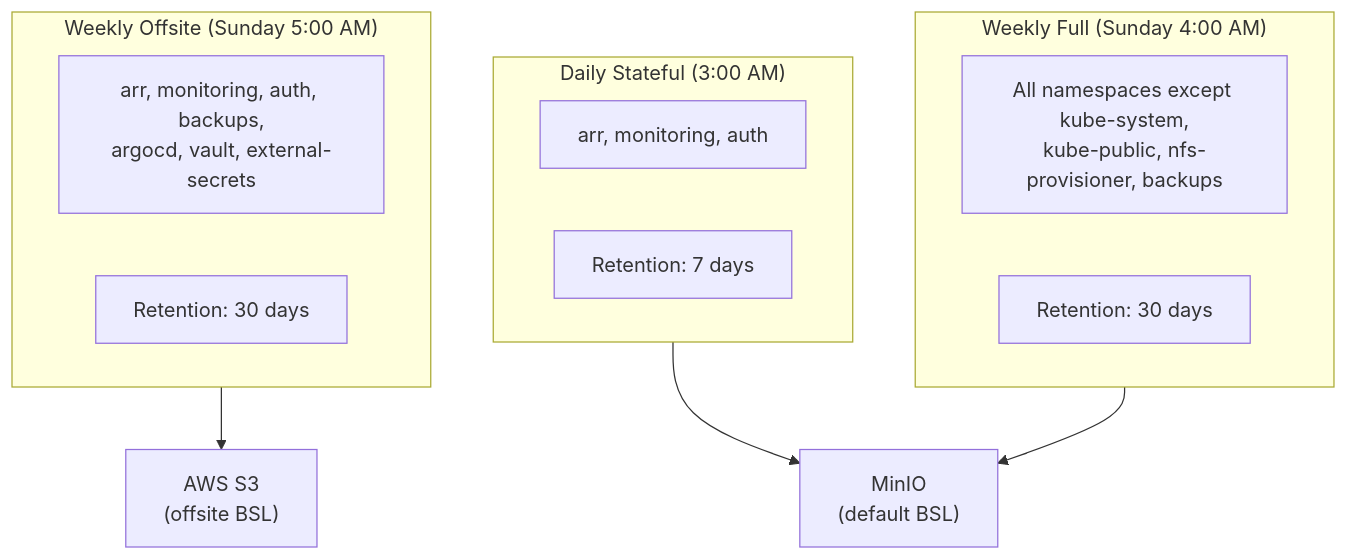
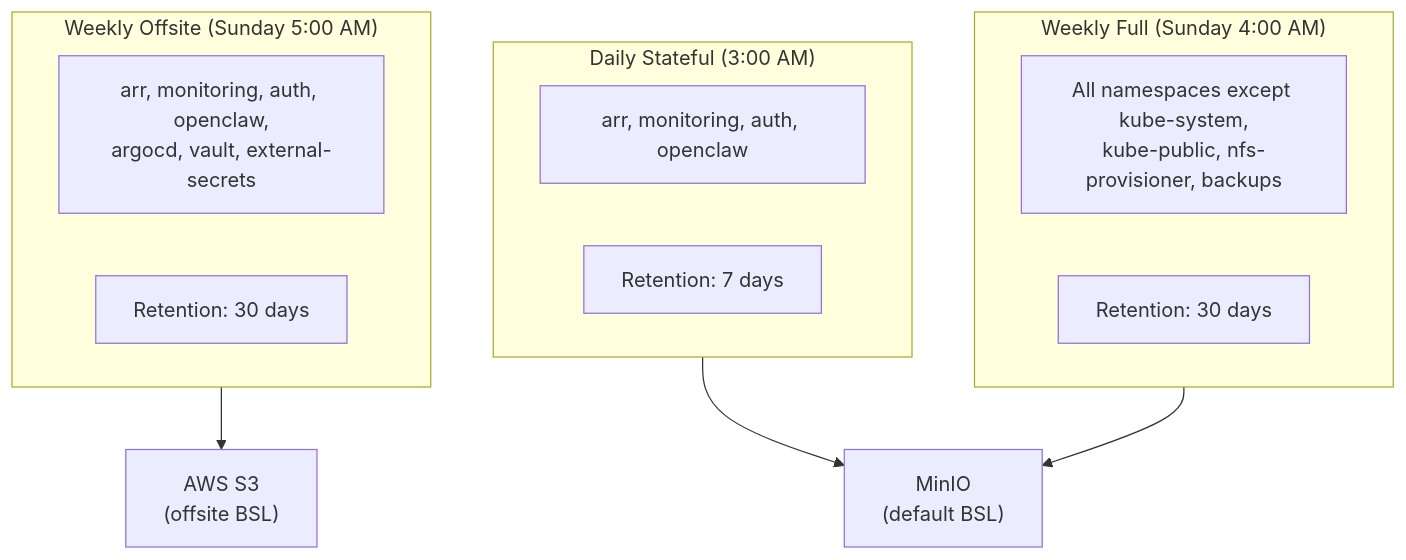
Before and after one commit to kyleseneker/homelab: the second of 3 diagrams in docs/architecture/backups.md, drawn with Mermaid. The commit also changed other lines of this file and 86 other files, not shown here.

Commit message:
docs: unify the assessment, roadmap, and architecture decisions

````diff
--- a/docs/architecture/backups.md
+++ b/docs/architecture/backups.md
@@ -83,21 +85,21 @@
 ```mermaid
 flowchart TD
     subgraph daily["Daily Stateful (3:00 AM)"]
-        dailyTarget["arr, monitoring, auth"]
+        dailyTarget["arr, monitoring, auth, openclaw"]
         dailyRetention["Retention: 7 days"]
     end
 
     subgraph weekly["Weekly Full (Sunday 4:00 AM)"]
         weeklyTarget["All namespaces except kube-system,\nkube-public, nfs-provisioner, backups"]
         weeklyRetention["Retention: 30 days"]
     end
 
     subgraph offsite["Weekly Offsite (Sunday 5:00 AM)"]
-        offsiteTarget["arr, monitoring, auth, backups,\nargocd, vault, external-secrets"]
+        offsiteTarget["arr, monitoring, auth, openclaw,\nargocd, vault, external-secrets"]
         offsiteRetention["Retention: 30 days"]
     end
 
     daily --> minio["MinIO\n(default BSL)"]
     weekly --> minio
     offsite --> s3["AWS S3\n(offsite BSL)"]
 ```
````
